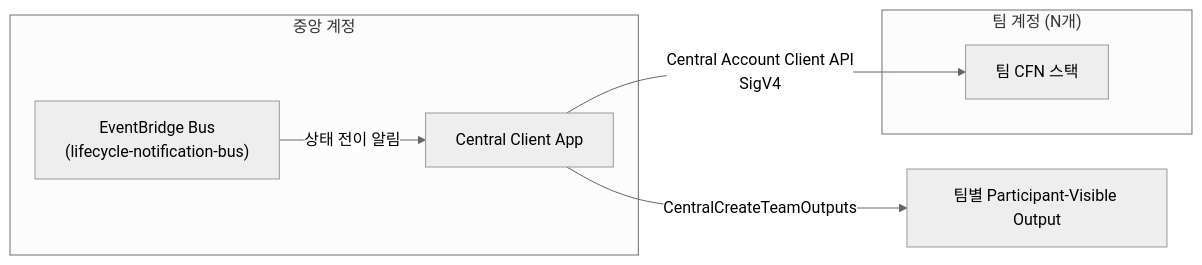
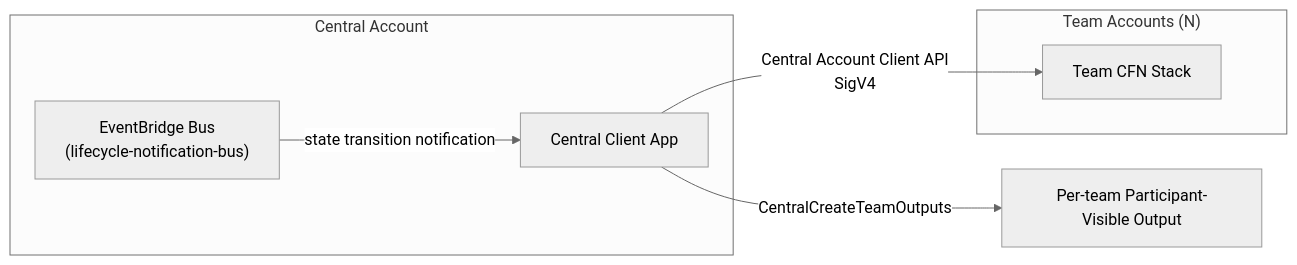
The diagram in plugins/aws-content-plugin/skills/workshop-creator/references/central-account-guide.md (Atom-oh/oh-my-cloud-skills), drawn with Mermaid (neutral theme) before and after one commit. The commit also changed other lines of this file and 91 other files, not shown here.

````diff
--- a/plugins/aws-content-plugin/skills/workshop-creator/references/central-account-guide.md
+++ b/plugins/aws-content-plugin/skills/workshop-creator/references/central-account-guide.md
@@ -77,13 +87,13 @@
 ```mermaid
 flowchart LR
-    subgraph Central["중앙 계정"]
+    subgraph Central["Central Account"]
         App["Central Client App"]
         Bus["EventBridge Bus<br/>(lifecycle-notification-bus)"]
     end
-    subgraph Team["팀 계정 (N개)"]
-        Stack["팀 CFN 스택"]
+    subgraph Team["Team Accounts (N)"]
+        Stack["Team CFN Stack"]
     end
-    Bus -->|상태 전이 알림| App
+    Bus -->|state transition notification| App
     App -->|Central Account Client API<br/>SigV4| Stack
-    App -->|CentralCreateTeamOutputs| Output["팀별 Participant-Visible Output"]
+    App -->|CentralCreateTeamOutputs| Output["Per-team Participant-Visible Output"]
 ```
````
